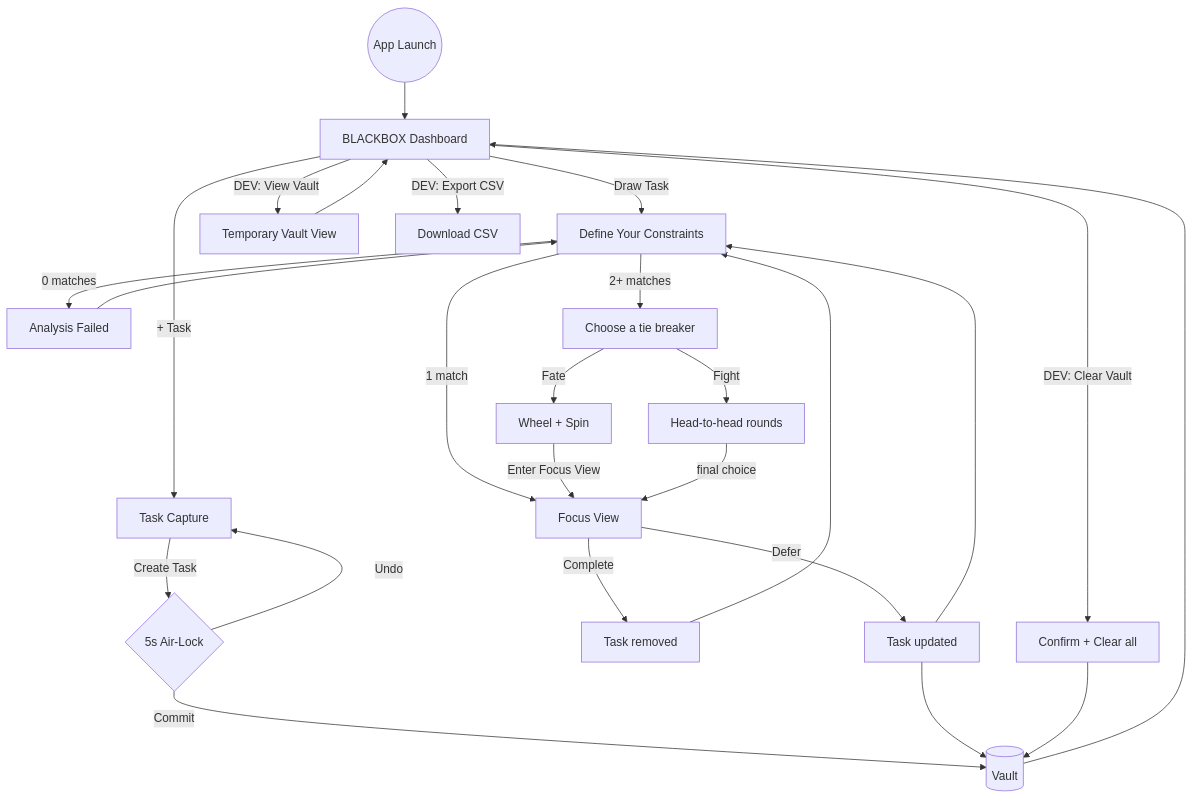
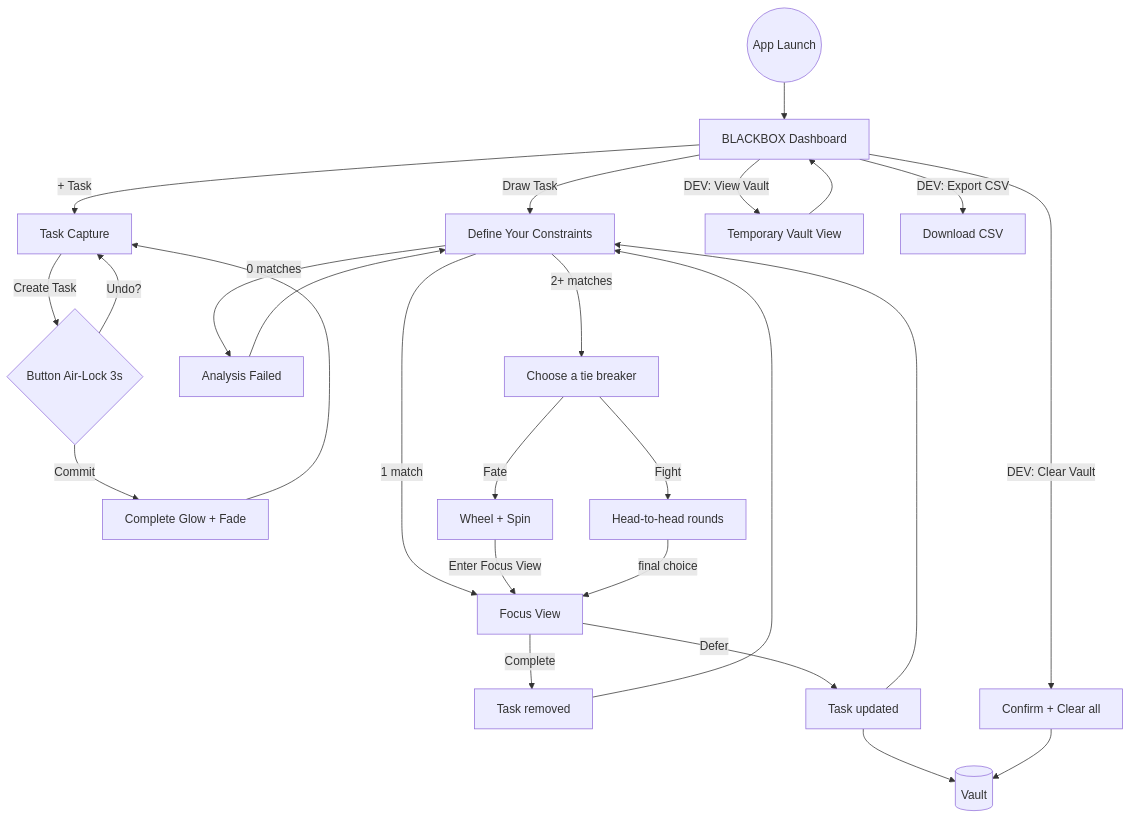
One commit to NeoLorenzo/Blackbox changed the first of 3 diagrams in UserFlows.md. Above: the diagram before and after it, drawn with Mermaid. The commit also changed other lines of this file and 17 other files, not shown here.

First line of the commit message:
Refine capture flow UX, add low-latency SFX system, and update docs

````diff
--- a/UserFlows.md
+++ b/UserFlows.md
@@ -7,36 +7,36 @@
 ```mermaid
 graph TD
     Start((App Launch)) --> Dashboard[BLACKBOX Dashboard]
 
     Dashboard -->|+ Task| Dump[Task Capture]
-    Dump -->|Create Task| Airlock{5s Air-Lock}
-    Airlock -->|Undo| Dump
-    Airlock -->|Commit| Vault[(Vault)]
-    Vault --> Dashboard
+    Dump -->|Create Task| UndoWindow{Button Air-Lock 3s}
+    UndoWindow -->|Undo?| Dump
+    UndoWindow -->|Commit| Complete[Complete Glow + Fade]
+    Complete --> Dump
 
     Dashboard -->|Draw Task| Calibration[Define Your Constraints]
     Calibration -->|0 matches| Failed[Analysis Failed]
     Failed --> Calibration
 
     Calibration -->|1 match| Focus[Focus View]
     Calibration -->|2+ matches| Crucible[Choose a tie breaker]
 
     Crucible -->|Fate| Fate[Wheel + Spin]
     Fate -->|Enter Focus View| Focus
 
     Crucible -->|Fight| Fight[Head-to-head rounds]
     Fight -->|final choice| Focus
 
     Focus -->|Complete| Purged[Task removed]
     Focus -->|Defer| Deferred[Task updated]
 
     Purged --> Calibration
-    Deferred --> Vault
+    Deferred --> Vault[(Vault)]
     Deferred --> Calibration
 
     Dashboard -->|DEV: View Vault| VaultScreen[Temporary Vault View]
     Dashboard -->|DEV: Export CSV| Csv[Download CSV]
     Dashboard -->|DEV: Clear Vault| Clear[Confirm + Clear all]
     Clear --> Vault
     VaultScreen --> Dashboard
 ```
````
